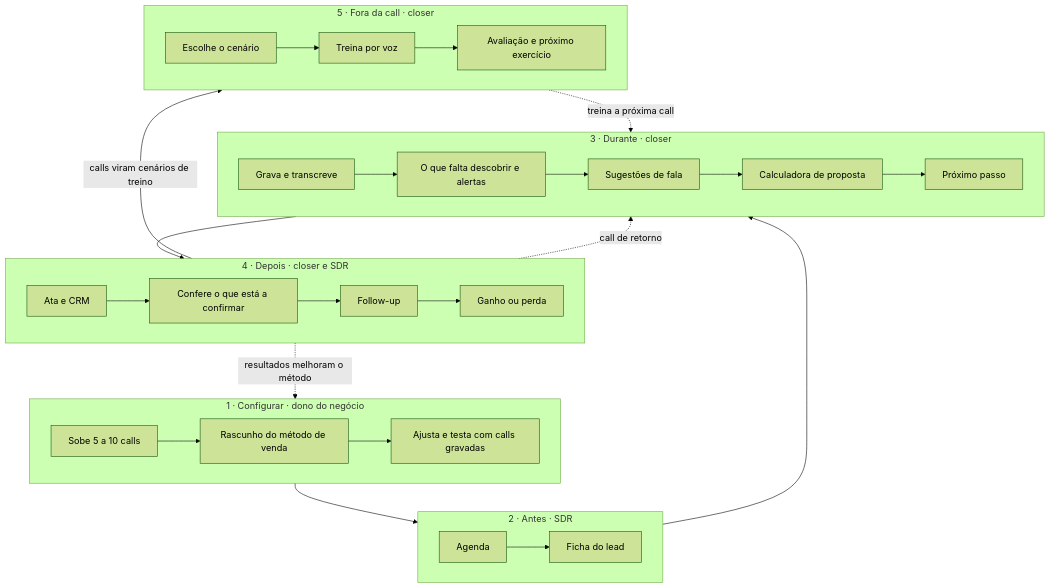
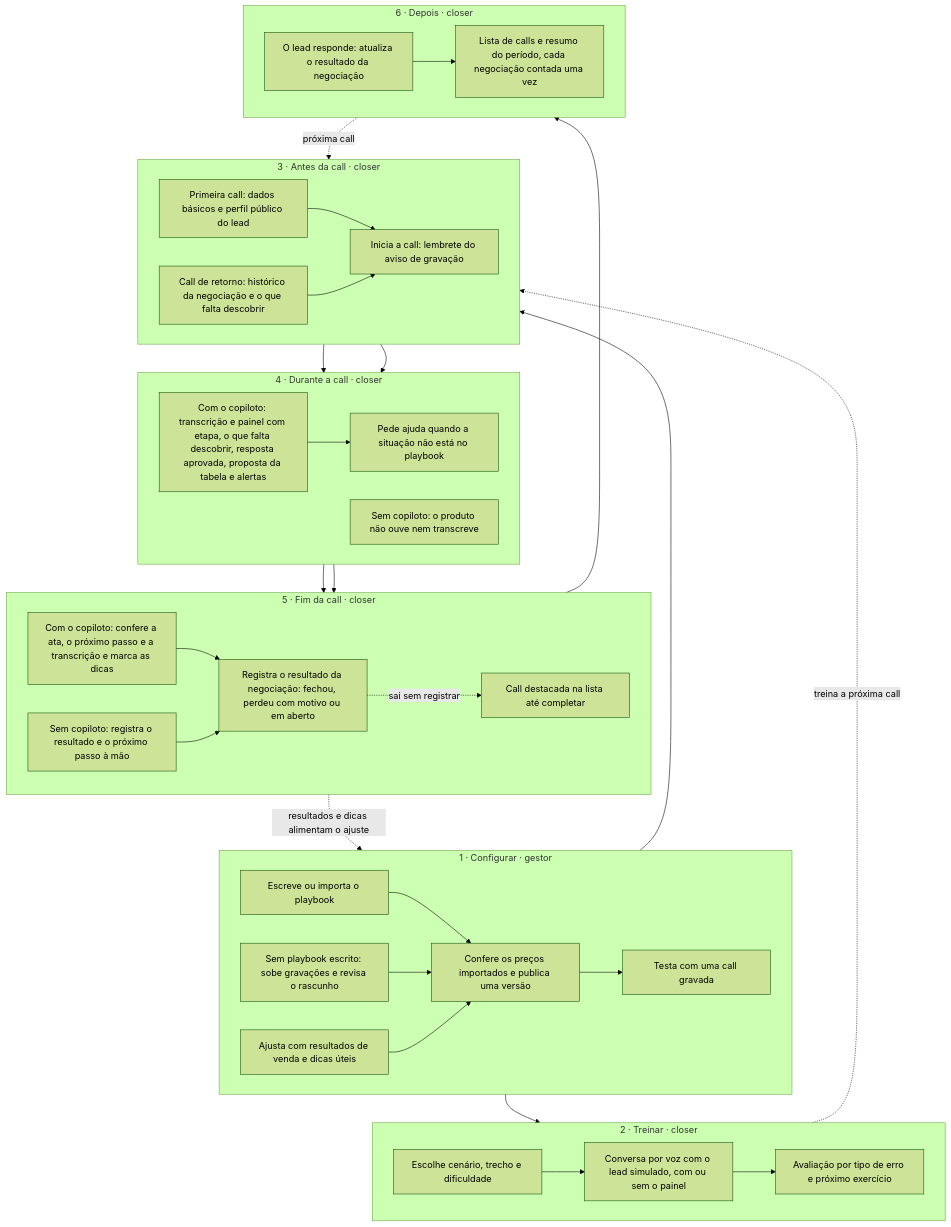
The diagram in especificacao/diagramas/03-jornada.mmd (rodrigotrk/sales-copilot), drawn with Mermaid (forest theme) before and after one commit. The commit also changed 27 other files, not shown here.

```diff
--- a/especificacao/diagramas/03-jornada.mmd
+++ b/especificacao/diagramas/03-jornada.mmd
@@ -1,28 +1,42 @@
 flowchart TB
-  subgraph S["1 · Configurar · dono do negócio"]
+  subgraph C["1 · Configurar · gestor"]
     direction LR
-    S1[Sobe 5 a 10 calls] --> S2[Rascunho do método de venda] --> S3[Ajusta e testa com calls gravadas]
+    C1[Escreve ou importa o playbook] --> C2[Confere os preços importados e publica uma versão]
+    C0[Sem playbook escrito: sobe gravações e revisa o rascunho] --> C2
+    C2 --> C3[Testa com uma call gravada]
+    C4[Ajusta com resultados de venda e dicas úteis] --> C2
   end
-  subgraph A["2 · Antes · SDR"]
+  subgraph T["2 · Treinar · closer"]
     direction LR
-    A1[Agenda] --> A2[Ficha do lead]
+    T1[Escolhe cenário, trecho e dificuldade] --> T2[Conversa por voz com o lead simulado, com ou sem o painel] --> T3[Avaliação por tipo de erro e próximo exercício]
   end
-  subgraph D["3 · Durante · closer"]
+  subgraph A["3 · Antes da call · closer"]
     direction LR
-    D1[Grava e transcreve] --> D2[O que falta descobrir e alertas] --> D3[Sugestões de fala] --> D4[Calculadora de proposta] --> D5[Próximo passo]
+    A1[Primeira call: dados básicos e perfil público do lead] --> A3[Inicia a call: lembrete do aviso de gravação]
+    A2[Call de retorno: histórico da negociação e o que falta descobrir] --> A3
   end
-  subgraph P["4 · Depois · closer e SDR"]
+  subgraph D["4 · Durante a call · closer"]
     direction LR
-    P1[Ata e CRM] --> P2[Confere o que está a confirmar] --> P3[Follow-up] --> P4[Ganho ou perda]
+    D1[Com o copiloto: transcrição e painel com etapa, o que falta descobrir, resposta aprovada, proposta da tabela e alertas] --> D2[Pede ajuda quando a situação não está no playbook]
+    D3[Sem copiloto: o produto não ouve nem transcreve]
   end
-  subgraph T["5 · Fora da call · closer"]
+  subgraph F["5 · Fim da call · closer"]
     direction LR
-    T1[Escolhe o cenário] --> T2[Treina por voz] --> T3[Avaliação e próximo exercício]
+    F1[Com o copiloto: confere a ata, o próximo passo e a transcrição e marca as dicas] --> F3[Registra o resultado da negociação: fechou, perdeu com motivo ou em aberto]
+    F2[Sem copiloto: registra o resultado e o próximo passo à mão] --> F3
+    F3 -. sai sem registrar .-> F4[Call destacada na lista até completar]
   end
-  S3 --> A1
-  A2 --> D1
-  D5 --> P1
-  P4 -- calls viram cenários de treino --> T1
-  P3 -. call de retorno .-> D1
-  P4 -. resultados melhoram o método .-> S2
-  T3 -. treina a próxima call .-> D1
+  subgraph R["6 · Depois · closer"]
+    direction LR
+    R1[O lead responde: atualiza o resultado da negociação] --> R2[Lista de calls e resumo do período, cada negociação contada uma vez]
+  end
+  C2 --> T1
+  C2 --> A1
+  A3 --> D1
+  A3 --> D3
+  D2 --> F1
+  D3 --> F2
+  F3 --> R1
+  R1 -. próxima call .-> A2
+  T3 -. treina a próxima call .-> A3
+  F3 -. resultados e dicas alimentam o ajuste .-> C4
```
